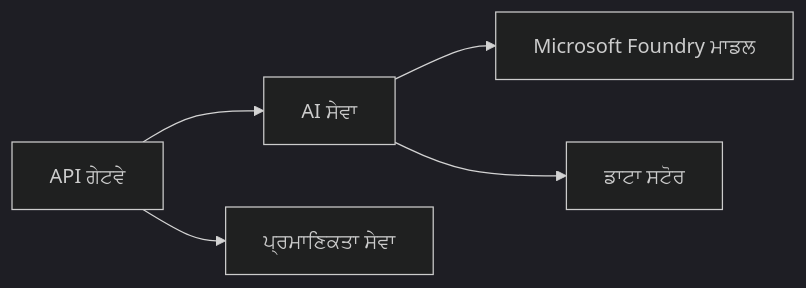
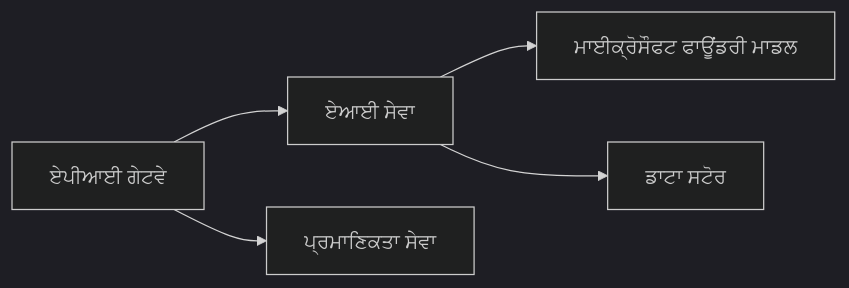
One commit to microsoft/AZD-for-beginners changed the first of 2 diagrams in translations/pa/docs/chapter-08-production/README.md. Above: the diagram before and after it, drawn with Mermaid (dark theme). The commit also changed other lines of this file and 59 other files, not shown here.

````diff
--- a/translations/pa/docs/chapter-08-production/README.md
+++ b/translations/pa/docs/chapter-08-production/README.md
@@ -48,6 +48,6 @@
 ```mermaid
 graph LR
-    Gateway[API ਗੇਟਵੇ] --> AI[AI ਸੇਵਾ] --> Models[Microsoft Foundry ਮਾਡਲ]
+    Gateway[ਏਪੀਆਈ ਗੇਟਵੇ] --> AI[ਏਆਈ ਸੇਵਾ] --> Models[ਮਾਈਕ੍ਰੋਸੌਫਟ ਫਾਊਂਡਰੀ ਮਾਡਲ]
     Gateway --> Auth[ਪ੍ਰਮਾਣਿਕਤਾ ਸੇਵਾ]
     AI --> Data[ਡਾਟਾ ਸਟੋਰ]
 ```
````
